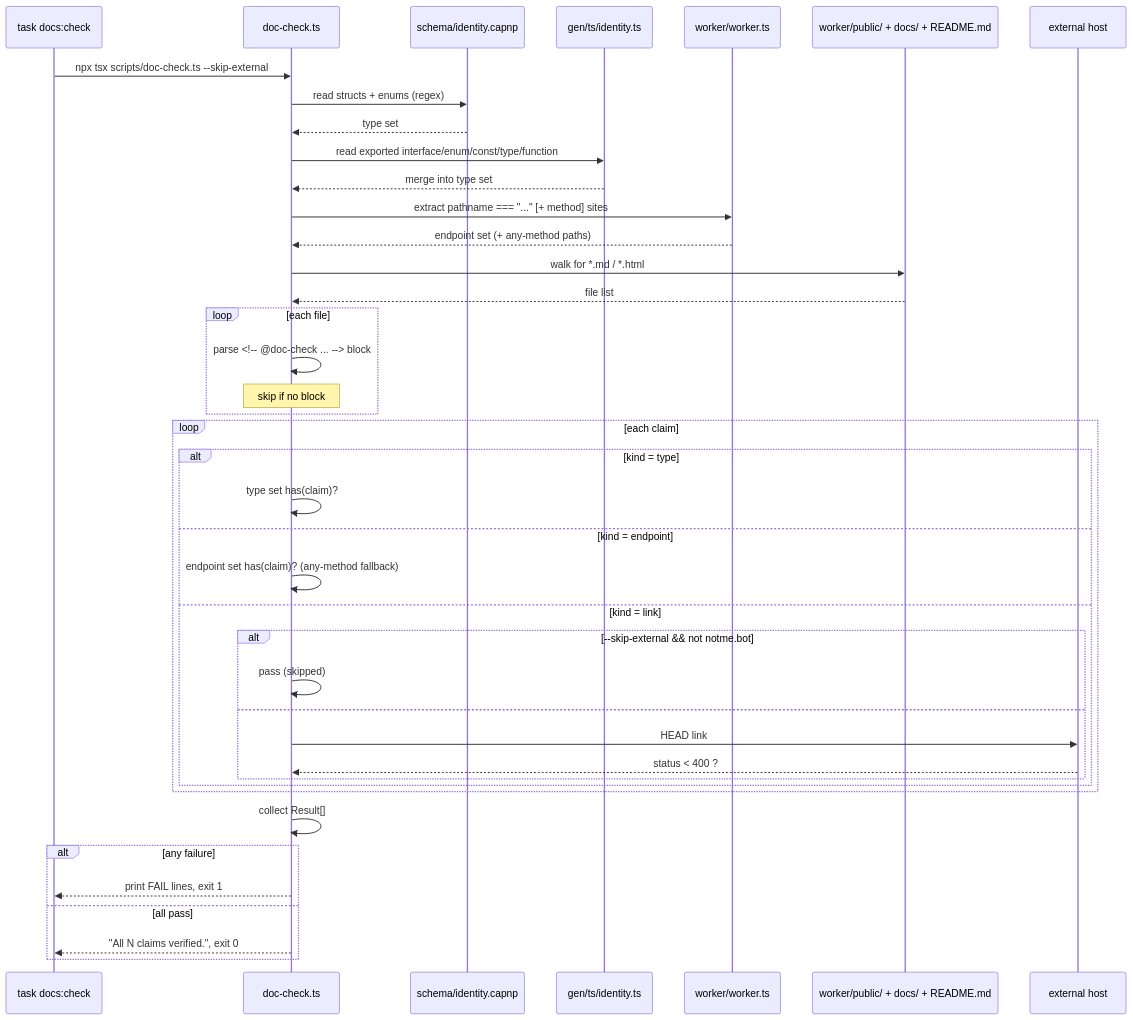
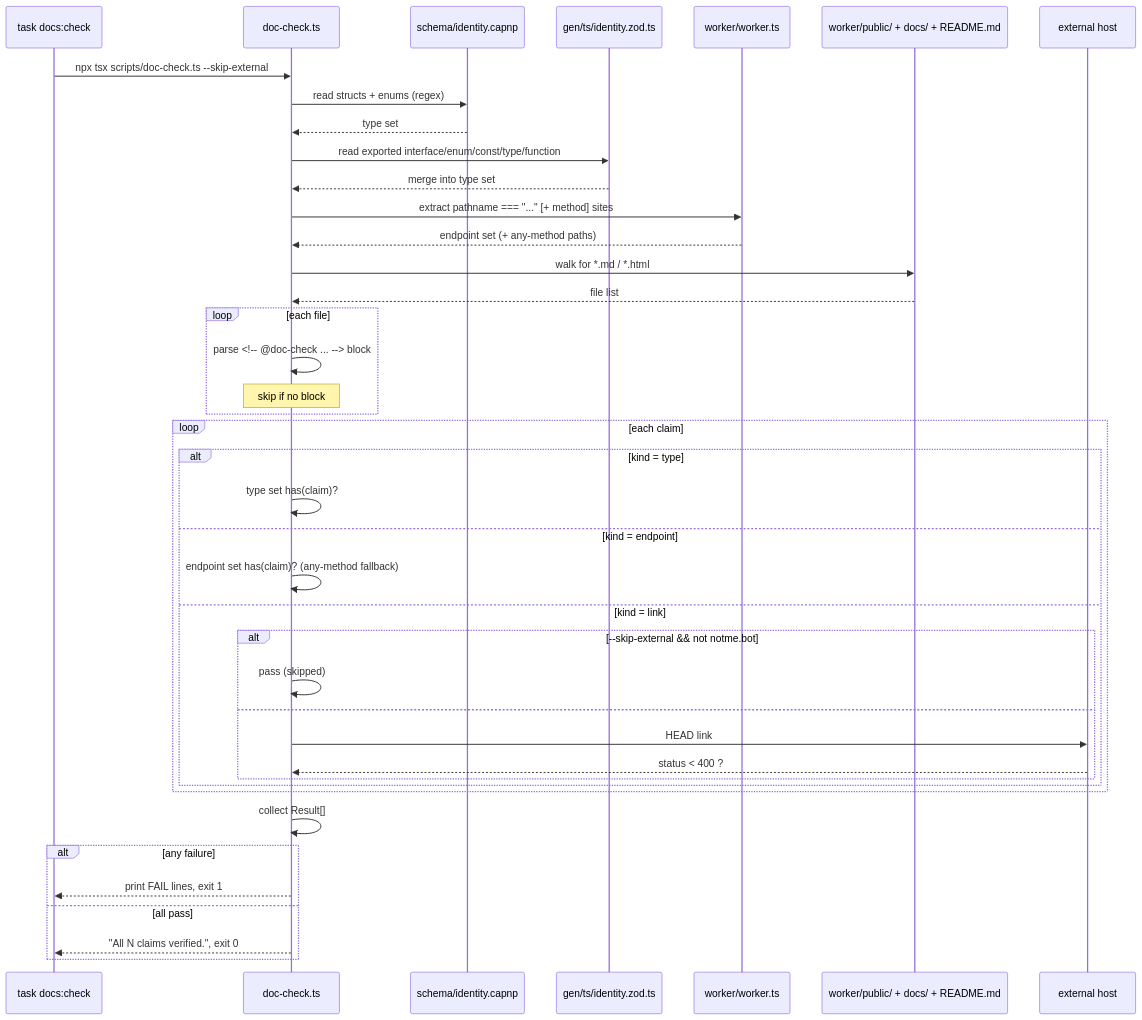
One commit to agentic-research/notme changed the diagram in scripts/README.md. Above: the diagram before and after it, drawn with Mermaid. The commit also changed other lines of this file and 35 other files, not shown here.

````diff
--- a/scripts/README.md
+++ b/scripts/README.md
@@ -65,48 +66,48 @@
 ```mermaid
 sequenceDiagram
     participant Task as task docs:check
     participant DC as doc-check.ts
     participant Schema as schema/identity.capnp
-    participant Gen as gen/ts/identity.ts
+    participant Gen as gen/ts/identity.zod.ts
     participant Worker as worker/worker.ts
     participant Docs as worker/public/ + docs/ + README.md
     participant Net as external host
 
     Task->>DC: npx tsx scripts/doc-check.ts --skip-external
 
     DC->>Schema: read structs + enums (regex)
     Schema-->>DC: type set
     DC->>Gen: read exported interface/enum/const/type/function
     Gen-->>DC: merge into type set
     DC->>Worker: extract pathname === "..." [+ method] sites
     Worker-->>DC: endpoint set (+ any-method paths)
 
     DC->>Docs: walk for *.md / *.html
     Docs-->>DC: file list
     loop each file
         DC->>DC: parse <!-- @doc-check ... --> block
         Note over DC: skip if no block
     end
 
     loop each claim
         alt kind = type
             DC->>DC: type set has(claim)?
         else kind = endpoint
             DC->>DC: endpoint set has(claim)? (any-method fallback)
         else kind = link
             alt --skip-external && not notme.bot
                 DC->>DC: pass (skipped)
             else
                 DC->>Net: HEAD link
                 Net-->>DC: status < 400 ?
             end
         end
     end
 
     DC->>DC: collect Result[]
     alt any failure
         DC-->>Task: print FAIL lines, exit 1
     else all pass
         DC-->>Task: "All N claims verified.", exit 0
     end
 ```
````
